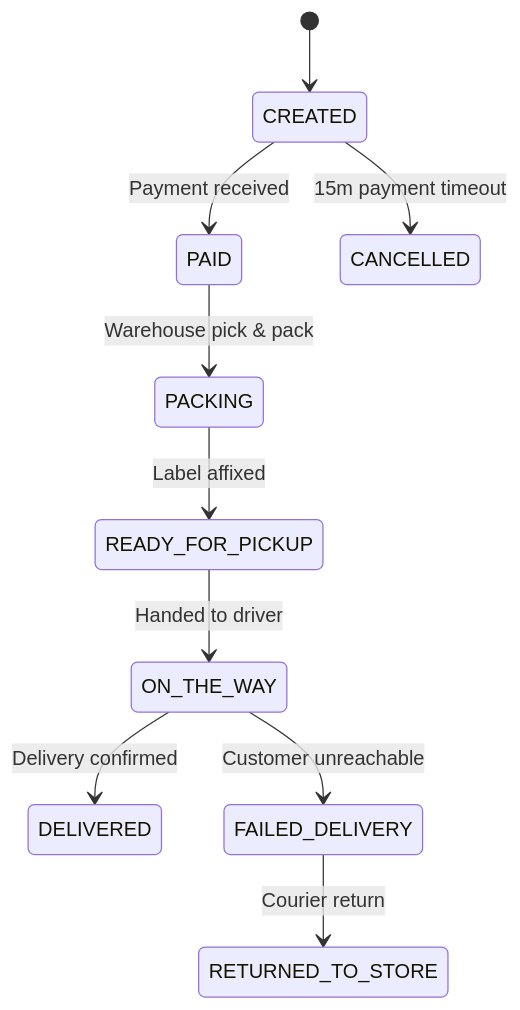
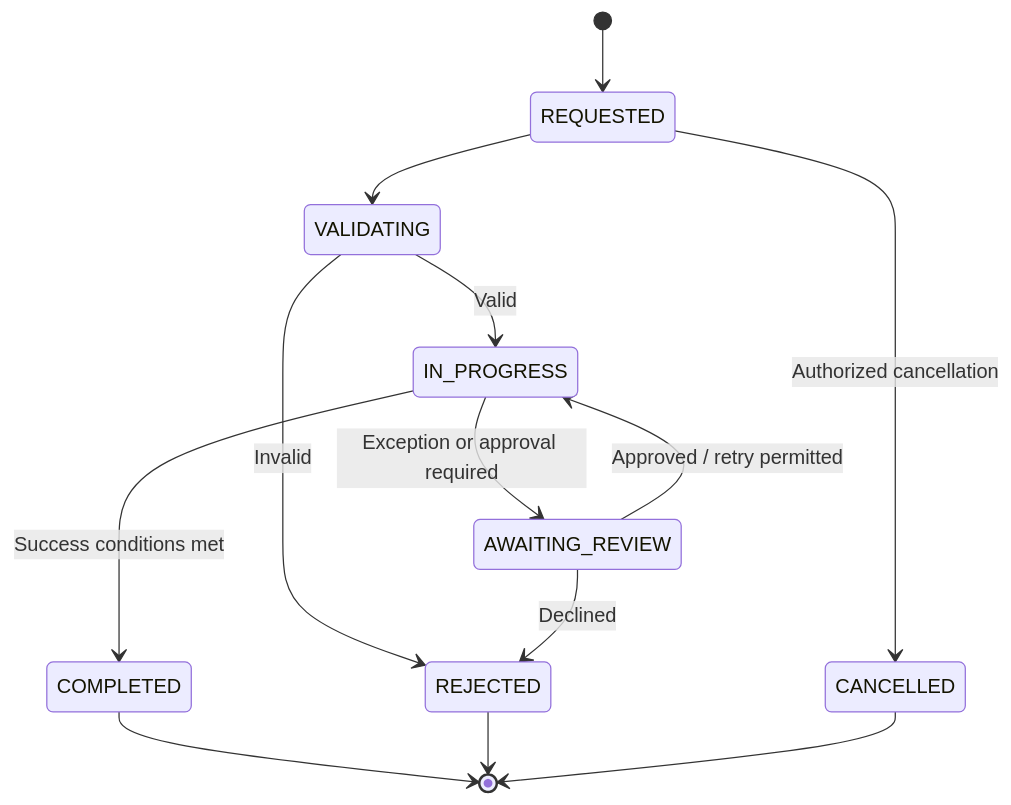
The third of 3 diagrams in 01-retail-and-pos/order-to-delivery-flow.md (reviveproject4-source/visual-business-flows), drawn with Mermaid before and after one commit. The commit also changed other lines of this file and 26 other files, not shown here.

````diff
--- a/01-retail-and-pos/order-to-delivery-flow.md
+++ b/01-retail-and-pos/order-to-delivery-flow.md
@@ -39,12 +135,15 @@
 ```mermaid
 stateDiagram-v2
-    [*] --> CREATED
-    CREATED --> PAID : Payment received
-    CREATED --> CANCELLED : 15m payment timeout
-    PAID --> PACKING : Warehouse pick & pack
-    PACKING --> READY_FOR_PICKUP : Label affixed
-    READY_FOR_PICKUP --> ON_THE_WAY : Handed to driver
-    ON_THE_WAY --> DELIVERED : Delivery confirmed
-    ON_THE_WAY --> FAILED_DELIVERY : Customer unreachable
-    FAILED_DELIVERY --> RETURNED_TO_STORE : Courier return
+    [*] --> REQUESTED
+    REQUESTED --> VALIDATING
+    VALIDATING --> IN_PROGRESS: Valid
+    VALIDATING --> REJECTED: Invalid
+    IN_PROGRESS --> AWAITING_REVIEW: Exception or approval required
+    AWAITING_REVIEW --> IN_PROGRESS: Approved / retry permitted
+    AWAITING_REVIEW --> REJECTED: Declined
+    IN_PROGRESS --> COMPLETED: Success conditions met
+    REQUESTED --> CANCELLED: Authorized cancellation
+    COMPLETED --> [*]
+    REJECTED --> [*]
+    CANCELLED --> [*]
 ```
````
